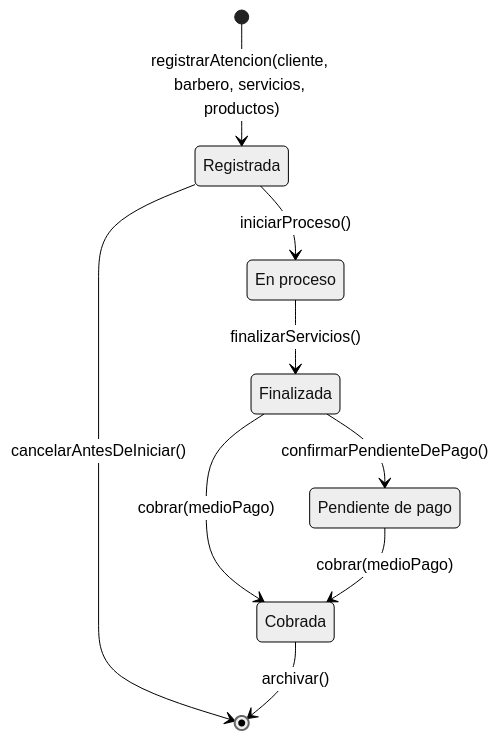
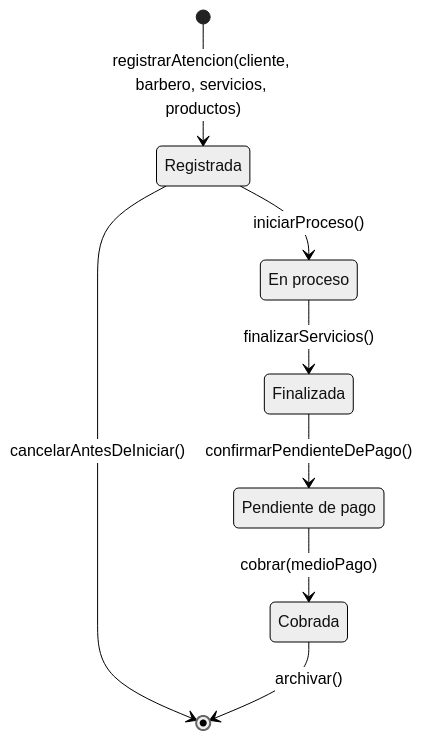
One commit to Marcos-Castillo/EstiloCordoba changed the second of 3 diagrams in docs/03-uml.md. Above: the diagram before and after it, drawn with Mermaid (neutral theme). The commit also changed other lines of this file and 10 other files, not shown here.

Commit message:
ES-16 ES-23 corrige flujo de cobro, separa diagramas y actualiza documentacion

````diff
--- a/docs/03-uml.md
+++ b/docs/03-uml.md
@@ -151,16 +151,15 @@
 ```mermaid
 stateDiagram-v2
     state "Registrada" as registrada
     state "En proceso" as enProceso
     state "Finalizada" as finalizada
     state "Pendiente de pago" as pendientePago
     state "Cobrada" as cobrada
     [*] --> registrada : registrarAtencion(cliente, barbero, servicios, productos)
     registrada --> enProceso : iniciarProceso()
     enProceso --> finalizada : finalizarServicios()
     finalizada --> pendientePago : confirmarPendienteDePago()
-    finalizada --> cobrada : cobrar(medioPago)
     pendientePago --> cobrada : cobrar(medioPago)
     registrada --> [*] : cancelarAntesDeIniciar()
     cobrada --> [*] : archivar()
 ```
````
